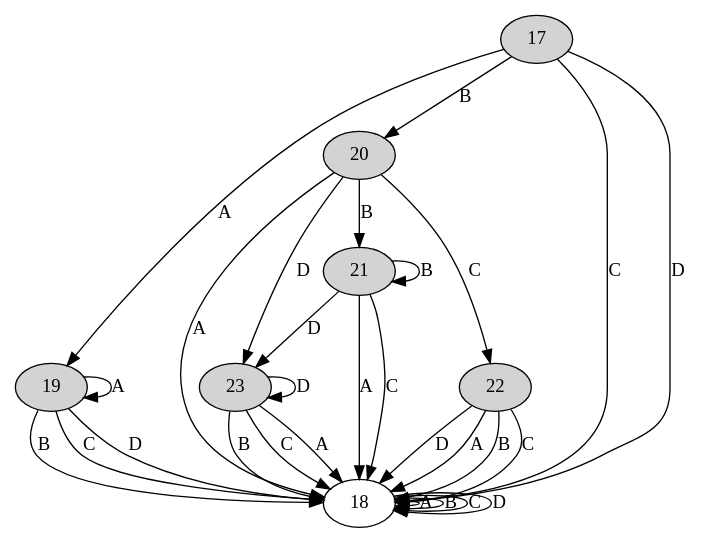
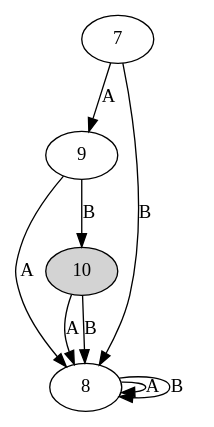
The diagram in dotsource.dot (MitchLira/FEUP-COMP), drawn with Graphviz before and after one commit. The commit also changed 52 other files, not shown here.

```diff
--- a/dotsource.dot
+++ b/dotsource.dot
@@ -1,2 +1,2 @@
 digraph G {
-17[style=filled]17->19[label=A];17->20[label=B];17->18[label=C];17->18[label=D];18->18[label=A];18->18[label=B];18->18[label=C];18->18[label=D];19[style=filled]19->19[label=A];19->18[label=B];19->18[label=C];19->18[label=D];20[style=filled]20->18[label=A];20->21[label=B];20->22[label=C];20->23[label=D];21[style=filled]21->18[label=A];21->21[label=B];21->18[label=C];21->23[label=D];22[style=filled]22->18[label=A];22->18[label=B];22->18[label=C];22->18[label=D];23[style=filled]23->18[label=A];23->18[label=B];23->18[label=C];23->23[label=D];}
+7->9[label=A];7->8[label=B];8->8[label=A];8->8[label=B];9->8[label=A];9->10[label=B];10[style=filled]10->8[label=A];10->8[label=B];}
```
